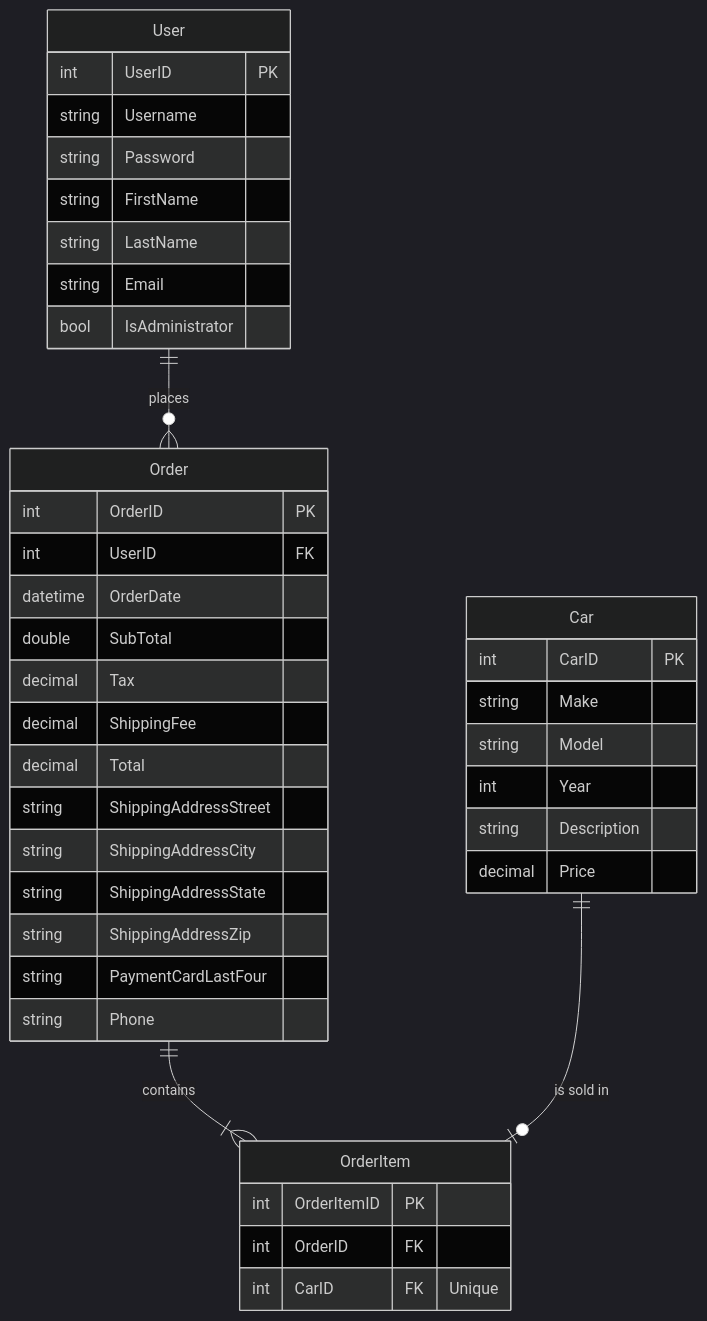
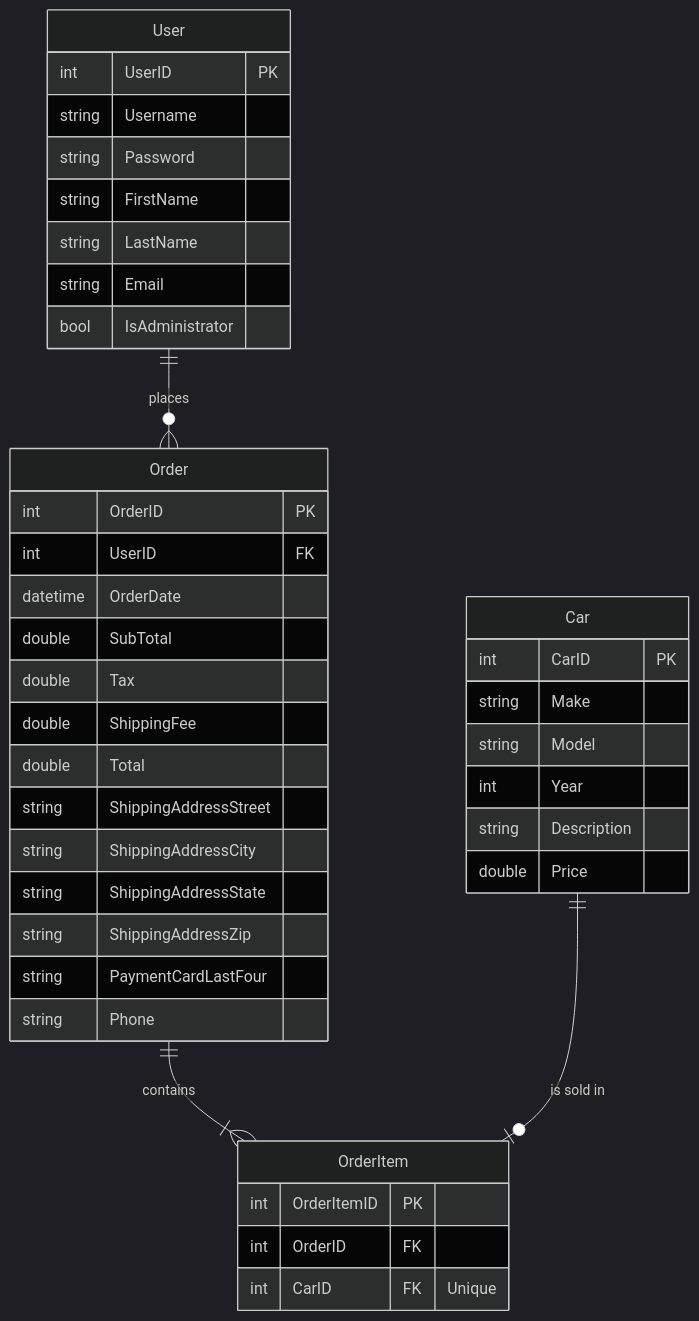
Before and after one commit to GitlianWarrior/swe-3313-fall-2025-team-10: the diagram in technical-design/README.md, drawn with Mermaid (dark theme). The commit also changed other lines of this file, not shown here.

Commit message:
Change data types from decimal to double

````diff
--- a/technical-design/README.md
+++ b/technical-design/README.md
@@ -51,47 +51,47 @@
 ```mermaid
 erDiagram
     User {
         int UserID PK
         string Username
         string Password
         string FirstName
         string LastName
         string Email
         bool IsAdministrator
     }
 
     Order {
         int OrderID PK
         int UserID FK
         datetime OrderDate
         double SubTotal
-        decimal Tax
-        decimal ShippingFee
-        decimal Total
+        double Tax
+        double ShippingFee
+        double Total
         string ShippingAddressStreet
         string ShippingAddressCity
         string ShippingAddressState
         string ShippingAddressZip
         string PaymentCardLastFour
         string Phone
     }
 
     OrderItem {
         int OrderItemID PK
         int OrderID FK
         int CarID FK "Unique"
     }
 
     Car {
         int CarID PK
         string Make
         string Model
         int Year
         string Description
-        decimal Price
+        double Price
     }
 
     User ||--o{ Order : "places"
     Order ||--|{ OrderItem : "contains"
     Car ||--o| OrderItem : "is sold in"
 ```
````
